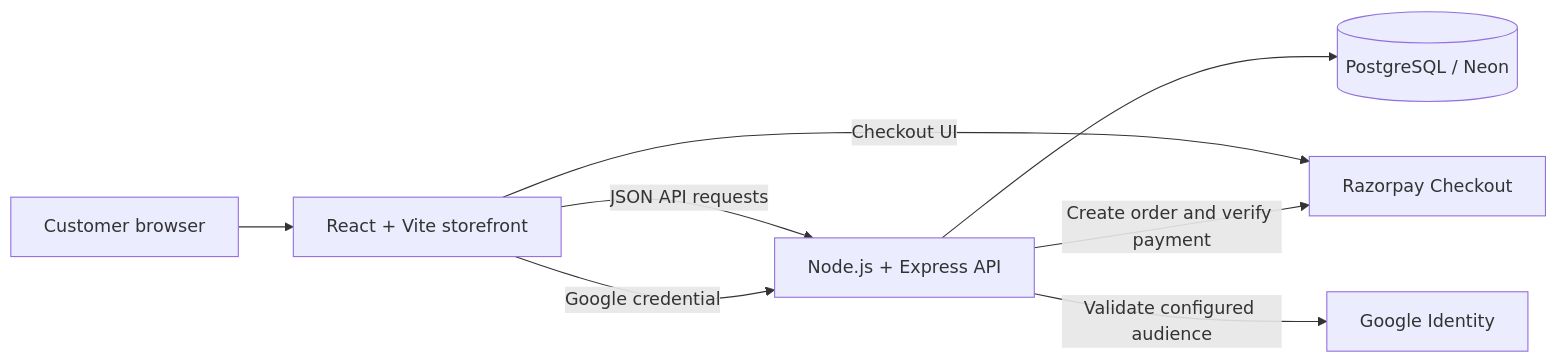
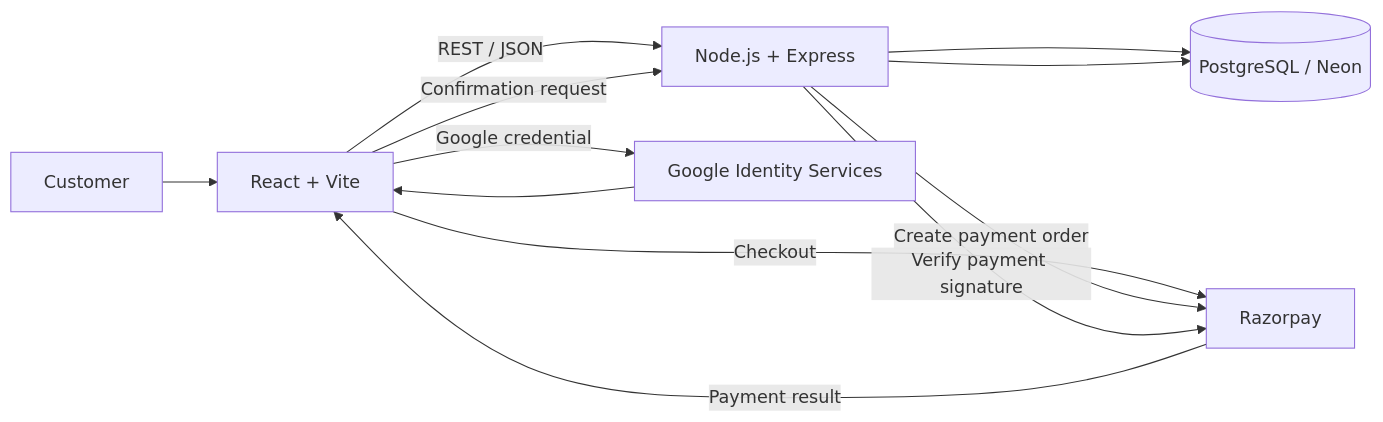
One commit to MaybeAditya/Marvealle_Fashion_Atlier changed the diagram in README.md. Above: the diagram before and after it, drawn with Mermaid. The commit also changed other lines of this file, not shown here.

````diff
--- a/README.md
+++ b/README.md
@@ -26,10 +73,14 @@
 ```mermaid
 flowchart LR
-    Customer[Customer browser] --> Storefront[React + Vite storefront]
-    Storefront -->|JSON API requests| API[Node.js + Express API]
+    Customer[Customer] --> UI[React + Vite]
+    UI -->|REST / JSON| API[Node.js + Express]
     API --> DB[(PostgreSQL / Neon)]
-    Storefront -->|Checkout UI| Razorpay[Razorpay Checkout]
-    API -->|Create order and verify payment| Razorpay
-    Storefront -->|Google credential| API
-    API -->|Validate configured audience| Google[Google Identity]
+    UI -->|Google credential| Auth[Google Identity Services]
+    Auth --> UI
+    UI -->|Checkout| Pay[Razorpay]
+    API -->|Create payment order| Pay
+    Pay -->|Payment result| UI
+    UI -->|Confirmation request| API
+    API -->|Verify payment signature| Pay
+    API --> DB
 ```
````
